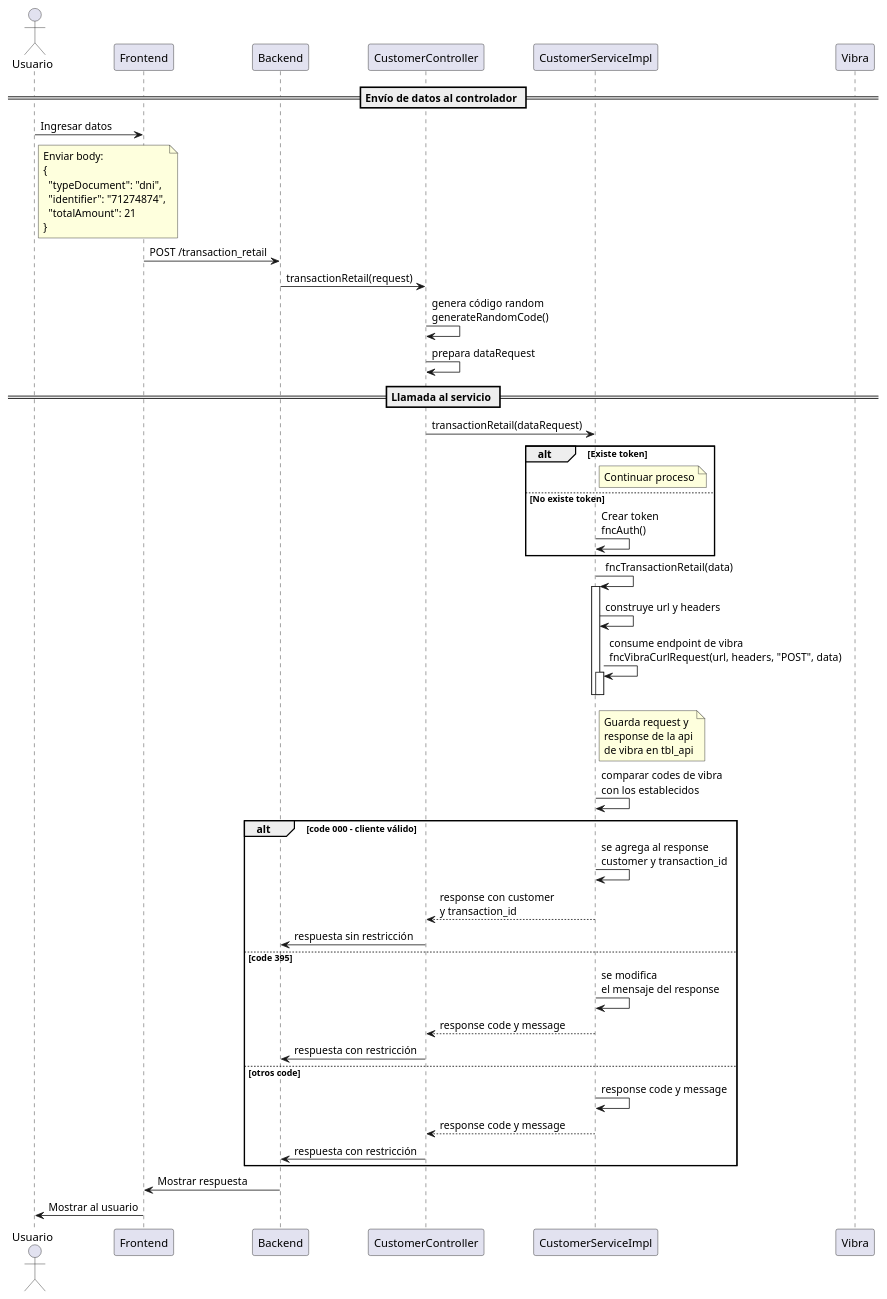
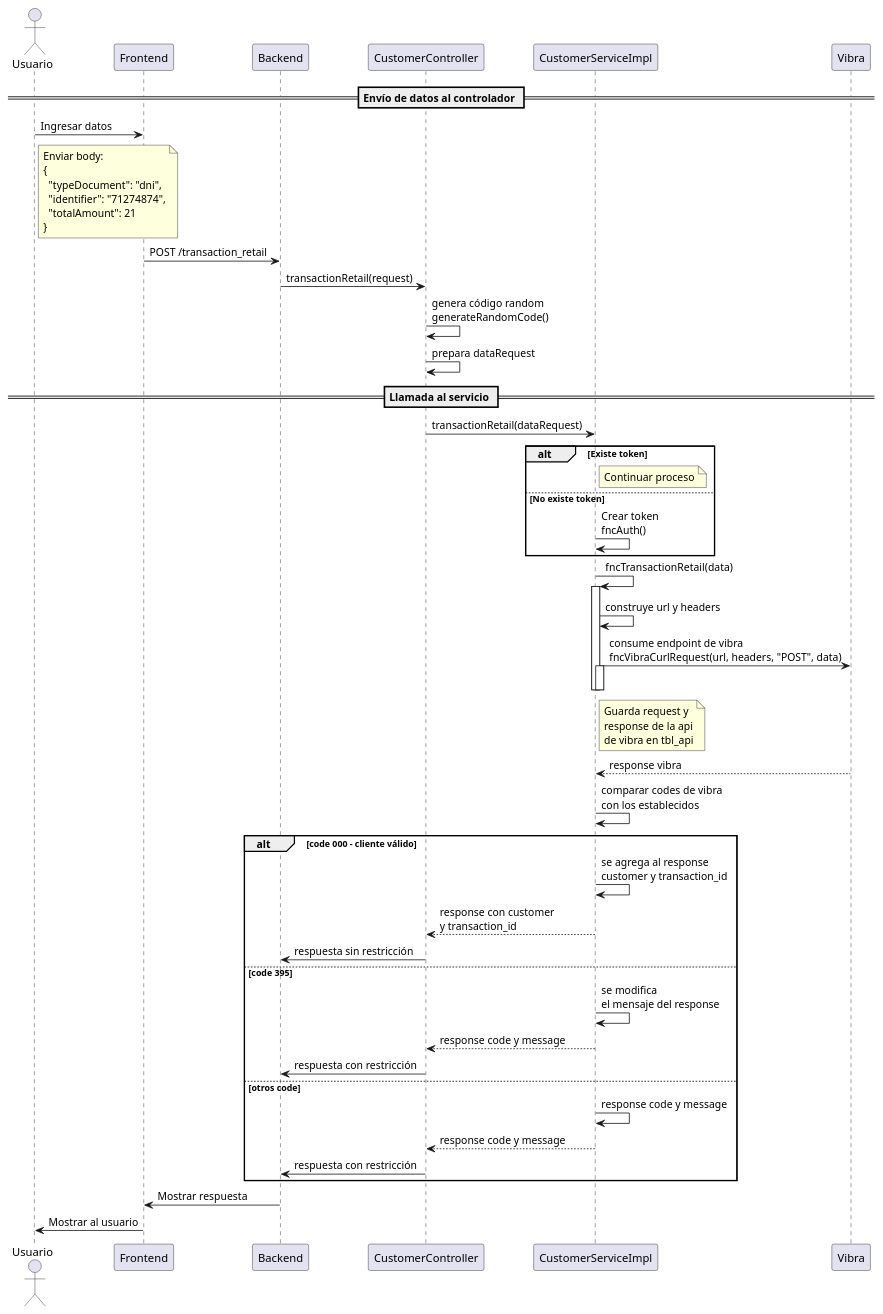
The diagram in transaction_retail.puml (Ducho98/sic-diagramas), drawn with PlantUML before and after one commit.

```diff
--- a/transaction_retail.puml
+++ b/transaction_retail.puml
@@ -1,68 +1,69 @@
 @startuml transaction_retail
 actor Usuario
 participant Frontend
 participant Backend
 participant CustomerController
 participant CustomerServiceImpl
 participant Vibra
 
 == Envío de datos al controlador ==
 Usuario -> Frontend : Ingresar datos
 note right of Usuario
   Enviar body:
   {
     "typeDocument": "dni",
     "identifier": "71274874",
     "totalAmount": 21
   }
 end note
 Frontend -> Backend : POST /transaction_retail
 Backend -> CustomerController : transactionRetail(request)
 CustomerController -> CustomerController : genera código random\ngenerateRandomCode()
 CustomerController -> CustomerController : prepara dataRequest
 
 == Llamada al servicio ==
 CustomerController -> CustomerServiceImpl : transactionRetail(dataRequest)
 
 alt Existe token
   note right of CustomerServiceImpl
       Continuar proceso
   end note
 else No existe token
   CustomerServiceImpl -> CustomerServiceImpl : Crear token\nfncAuth()
 end
 
 CustomerServiceImpl -> CustomerServiceImpl : fncTransactionRetail(data)
 activate CustomerServiceImpl
     CustomerServiceImpl -> CustomerServiceImpl : construye url y headers
-    CustomerServiceImpl -> CustomerServiceImpl : consume endpoint de vibra\nfncVibraCurlRequest(url, headers, "POST", data)
+    CustomerServiceImpl -> Vibra : consume endpoint de vibra\nfncVibraCurlRequest(url, headers, "POST", data)
     activate CustomerServiceImpl
     deactivate CustomerServiceImpl
-
 deactivate CustomerServiceImpl
 
 note right of CustomerServiceImpl
   Guarda request y
   response de la api
   de vibra en tbl_api
 end note
+
+Vibra --> CustomerServiceImpl : response vibra
 
 CustomerServiceImpl -> CustomerServiceImpl : comparar codes de vibra\ncon los establecidos
 
 alt code 000 - cliente válido
   CustomerServiceImpl -> CustomerServiceImpl : se agrega al response\ncustomer y transaction_id 
   CustomerServiceImpl --> CustomerController : response con customer\ny transaction_id
   CustomerController -> Backend : respuesta sin restricción
 else code 395
   CustomerServiceImpl -> CustomerServiceImpl : se modifica\nel mensaje del response
   CustomerServiceImpl --> CustomerController : response code y message
   CustomerController -> Backend : respuesta con restricción
 else otros code
   CustomerServiceImpl -> CustomerServiceImpl : response code y message
   CustomerServiceImpl --> CustomerController : response code y message
   CustomerController -> Backend : respuesta con restricción
 end
 
 Backend -> Frontend : Mostrar respuesta
 Frontend -> Usuario : Mostrar al usuario
 @enduml
```
